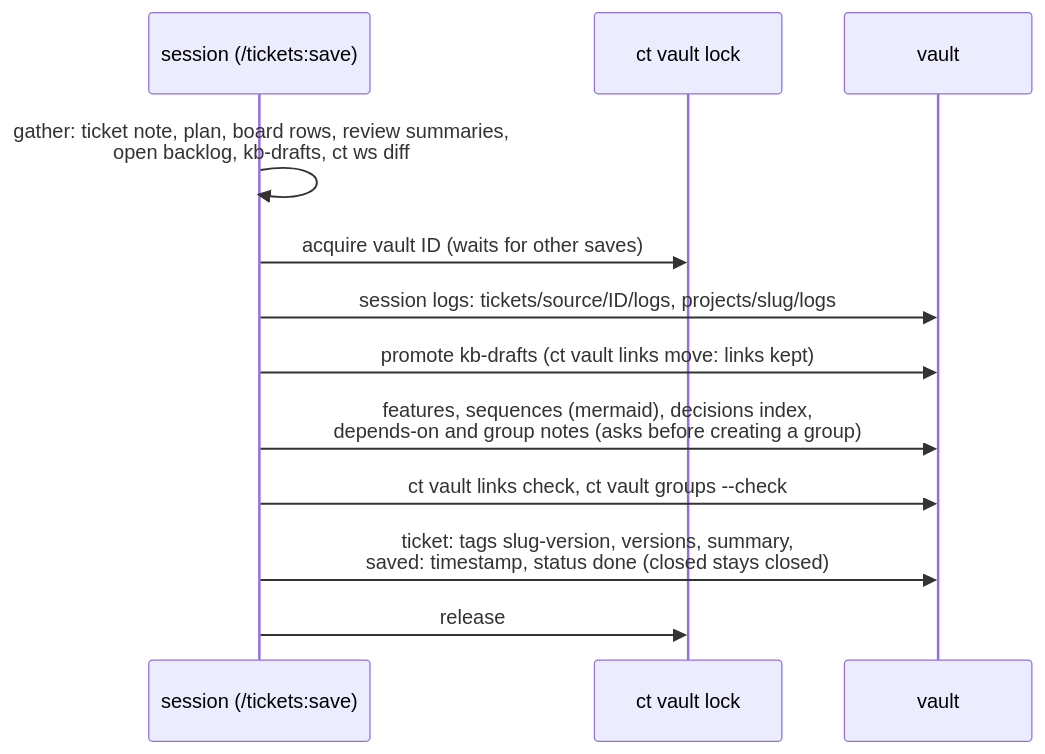
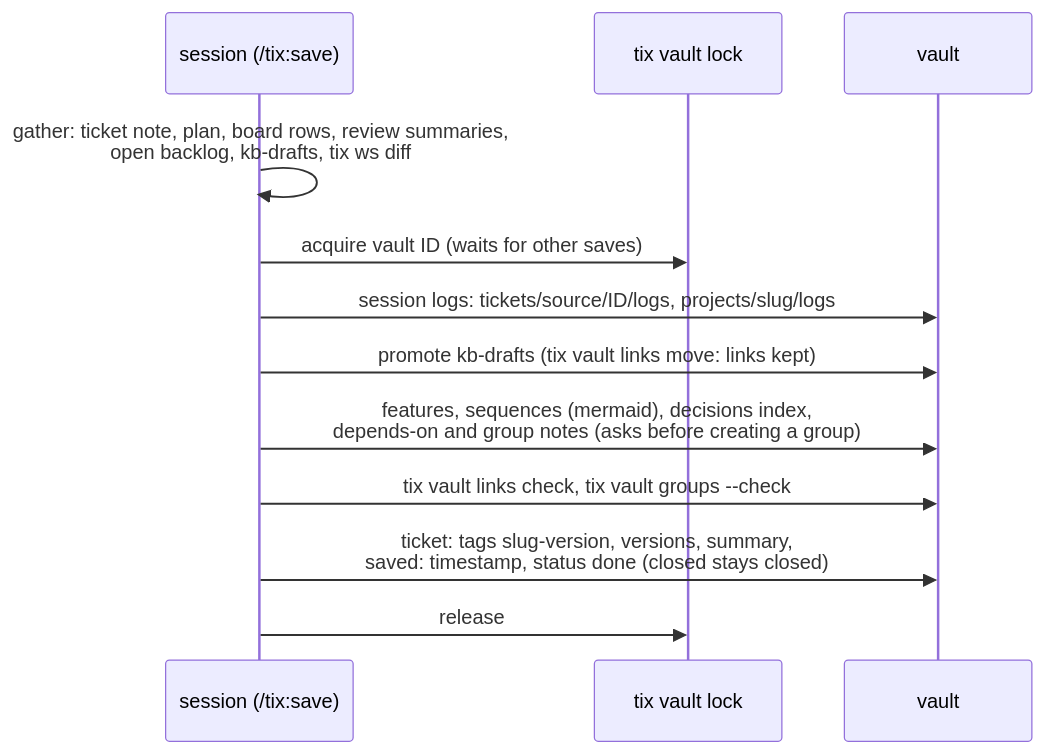
The fourth of 6 diagrams in README.md (zero4573/claude-tickets), drawn with Mermaid before and after one commit. The commit also changed other lines of this file and 361 other files, not shown here.

First line of the commit message:
feat!: rename claude-tickets to tix and run sessions on kiro too

````diff
--- a/README.md
+++ b/README.md
@@ -597,14 +644,14 @@
 ```mermaid
 sequenceDiagram
-  participant S as session (/tickets:save)
-  participant L as ct vault lock
+  participant S as session (/tix:save)
+  participant L as tix vault lock
   participant V as vault
-  S->>S: gather: ticket note, plan, board rows, review summaries,<br/>open backlog, kb-drafts, ct ws diff
+  S->>S: gather: ticket note, plan, board rows, review summaries,<br/>open backlog, kb-drafts, tix ws diff
   S->>L: acquire vault ID (waits for other saves)
   S->>V: session logs: tickets/source/ID/logs, projects/slug/logs
-  S->>V: promote kb-drafts (ct vault links move: links kept)
+  S->>V: promote kb-drafts (tix vault links move: links kept)
   S->>V: features, sequences (mermaid), decisions index,<br/>depends-on and group notes (asks before creating a group)
-  S->>V: ct vault links check, ct vault groups --check
+  S->>V: tix vault links check, tix vault groups --check
   S->>V: ticket: tags slug-version, versions, summary,<br/>saved: timestamp, status done (closed stays closed)
   S->>L: release
 ```
````
